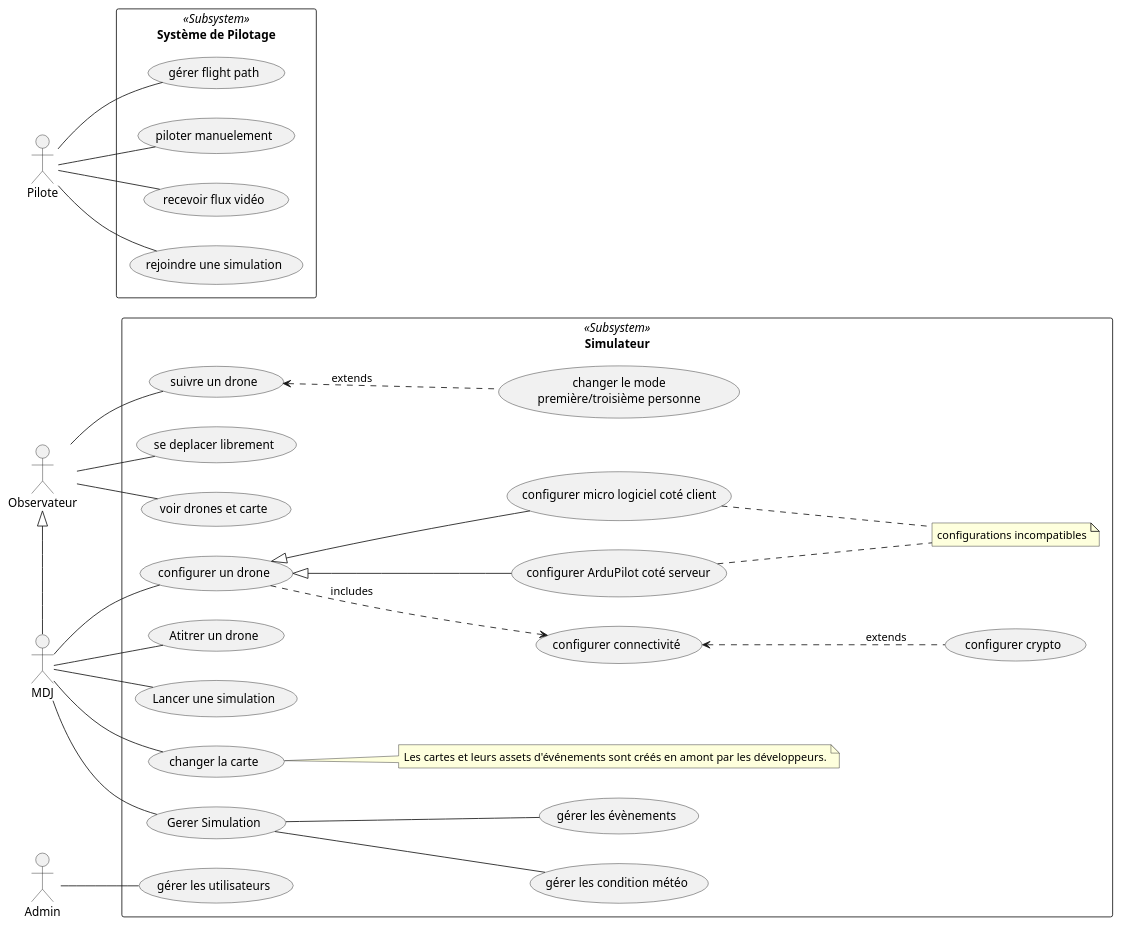
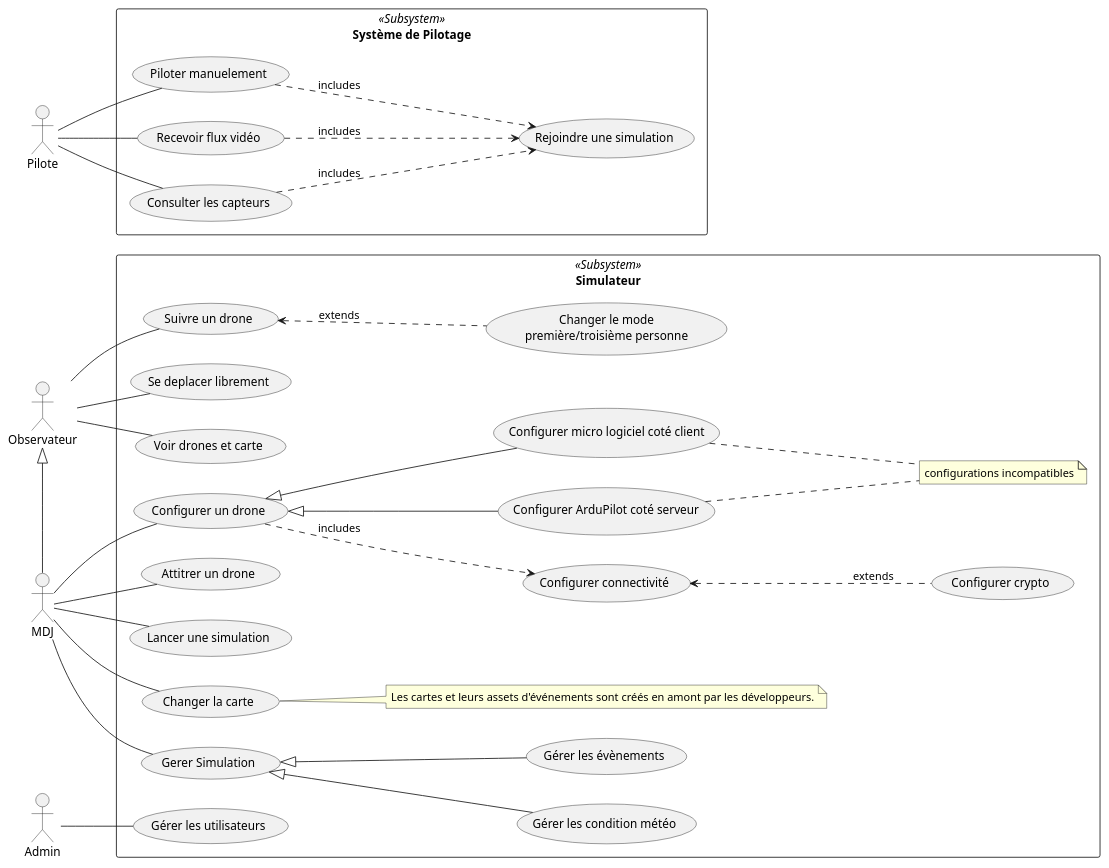
The diagram in doc/simulateur_uc.puml (tombartos/SAE-DRONE), drawn with PlantUML before and after one commit. The commit also changed 2 other files, not shown here.

Commit message:
added launcher to components diagrams

```diff
--- a/doc/simulateur_uc.puml
+++ b/doc/simulateur_uc.puml
@@ -1,63 +1,63 @@
 @startuml
 
 left to right direction
 
 actor Observateur
 actor MDJ
 actor Pilote
 actor Admin
 'actor Admin
 
 rectangle "Système de Pilotage" <<Subsystem>> as SysPilot {
-    Pilote -- (gérer flight path)
-    Pilote -- (piloter manuelement)
-    Pilote -- (recevoir flux vidéo)
-    Pilote -- (rejoindre une simulation)
+    Pilote -- (Piloter manuelement)
+    Pilote -- (Recevoir flux vidéo)
+    Pilote -- (Consulter les capteurs)
+
+    (Recevoir flux vidéo) ..> (Rejoindre une simulation) : includes
+    (Piloter manuelement) ..> (Rejoindre une simulation) : includes
+    (Consulter les capteurs) ..> (Rejoindre une simulation) : includes
 }
-
-
-
 
 MDJ -left-|> Observateur
 
 rectangle Simulateur <<Subsystem>> {
 
-    usecase (suivre un drone) as follow_drone
+    usecase (Suivre un drone) as follow_drone
 
-    follow_drone <.down. (changer le mode\npremière/troisième personne) : extends
+    follow_drone <.down. (Changer le mode\npremière/troisième personne) : extends
 
-    Observateur -- (se deplacer librement)
-    Observateur -- (voir drones et carte)
+    Observateur -- (Se deplacer librement)
+    Observateur -- (Voir drones et carte)
     Observateur -- follow_drone
 
-    usecase (configurer un drone) as cfg_drone
-    usecase (configurer connectivité) as cfg_conn
-    usecase (configurer crypto) as cfg_crypt
-    usecase (configurer ArduPilot coté serveur) as cfg_ardu_ss
-    usecase (configurer micro logiciel coté client) as cfg_ardu_cs
-    usecase (Atitrer un drone) as cfg_attrib_drone
+    usecase (Configurer un drone) as cfg_drone
+    usecase (Configurer connectivité) as cfg_conn
+    usecase (Configurer crypto) as cfg_crypt
+    usecase (Configurer ArduPilot coté serveur) as cfg_ardu_ss
+    usecase (Configurer micro logiciel coté client) as cfg_ardu_cs
+    usecase (Attitrer un drone) as cfg_attrib_drone
     usecase (Lancer une simulation) as cfg_sim
     note "configurations incompatibles" as mutex1
     note "Les cartes et leurs assets d'événements sont créés en amont par les développeurs." as note1
 
     cfg_drone .down.> cfg_conn : includes
     cfg_conn <.down. cfg_crypt : extends
     cfg_drone <|-- cfg_ardu_ss 
     cfg_drone <|-- cfg_ardu_cs 
     cfg_ardu_ss .. mutex1
     cfg_ardu_cs .. mutex1
 
-    MDJ -- (changer la carte)
-    (changer la carte) .. note1
+    MDJ -- (Changer la carte)
+    (Changer la carte) .. note1
     MDJ -- (Gerer Simulation)
-    (Gerer Simulation) -- (gérer les condition météo)
-    (Gerer Simulation) -- (gérer les évènements)
+    (Gerer Simulation) <|-- (Gérer les condition météo)
+    (Gerer Simulation) <|-- (Gérer les évènements)
     MDJ -- cfg_drone
     MDJ -- cfg_attrib_drone
     MDJ -- cfg_sim
 
-    Admin -- (gérer les utilisateurs)
+    Admin -- (Gérer les utilisateurs)
 
 }
 
 @enduml
```
